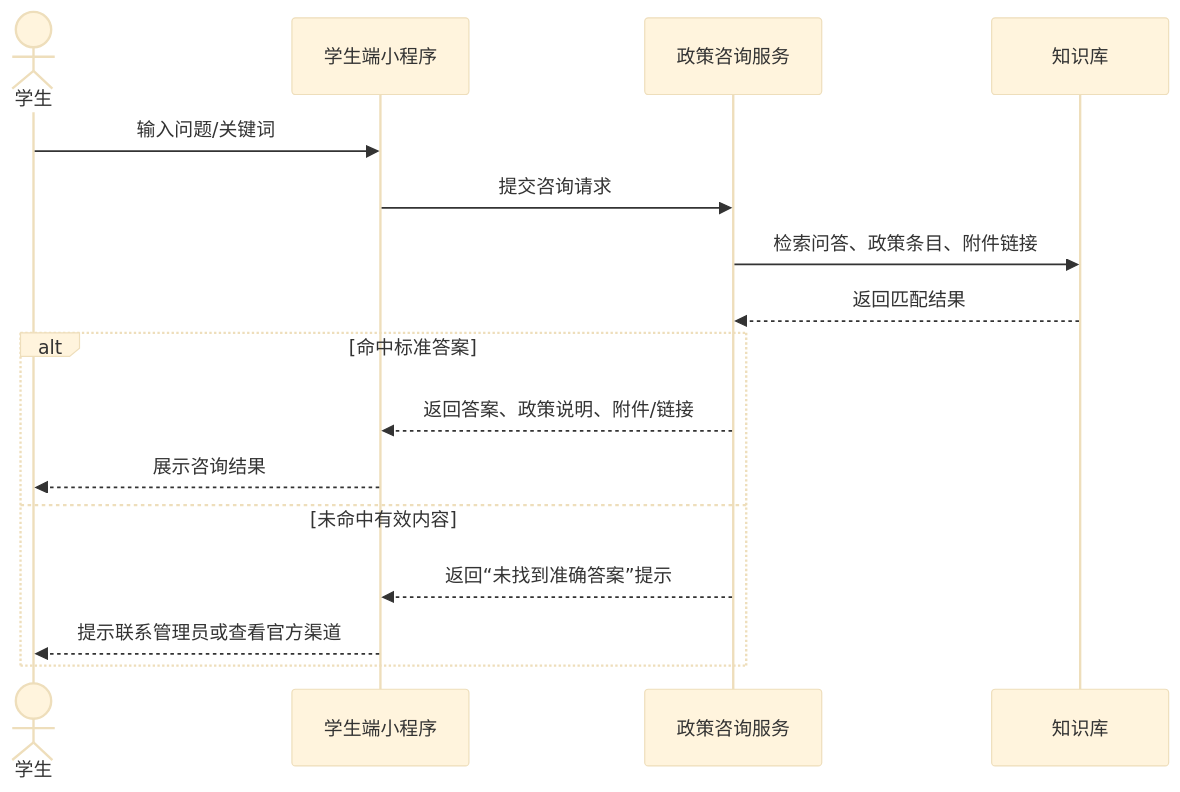
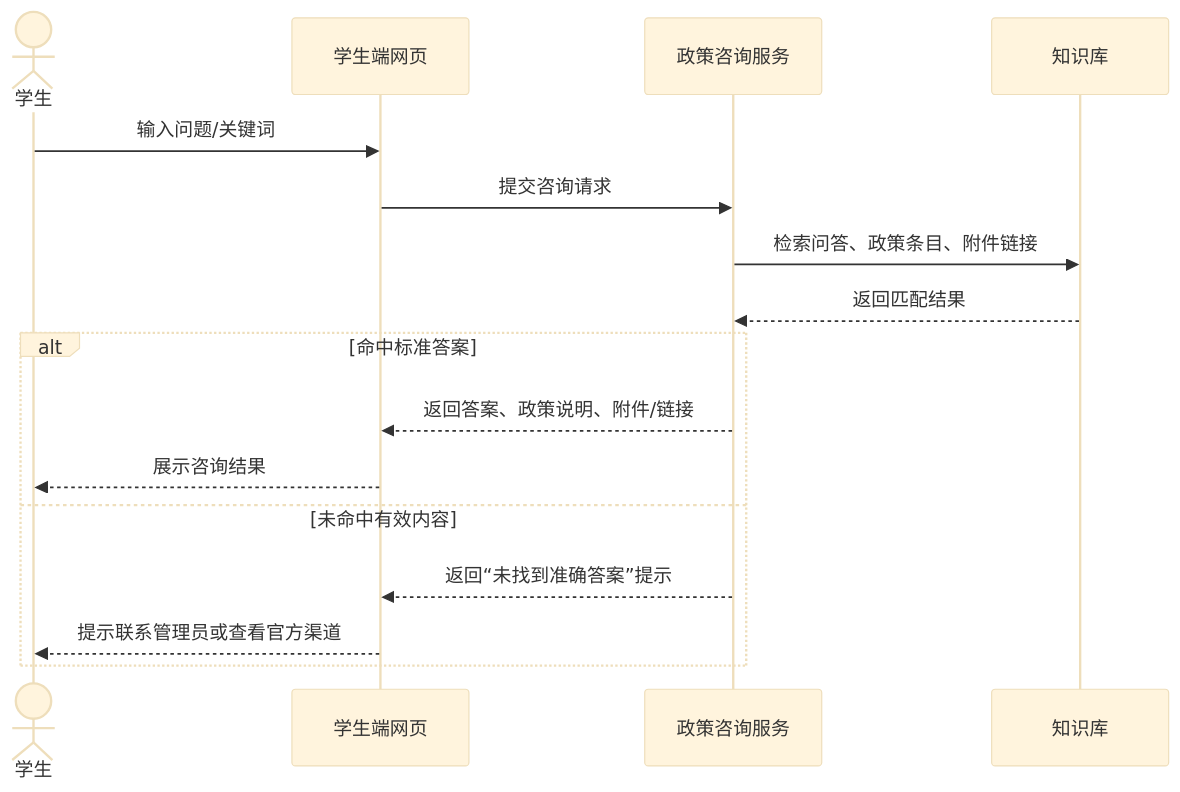
The second of 6 diagrams in uml-analysis-model.md (gabriellaXL/Software-engineer-team), drawn with Mermaid (base theme) before and after one commit. The commit also changed other lines of this file and 16 other files, not shown here.

````diff
--- a/uml-analysis-model.md
+++ b/uml-analysis-model.md
@@ -67,20 +67,20 @@
 ```mermaid
 sequenceDiagram
     actor Student as 学生
-    participant MiniApp as 学生端小程序
+    participant StudentWeb as 学生端网页
     participant PolicyService as 政策咨询服务
     participant KB as 知识库
 
-    Student->>MiniApp: 输入问题/关键词
-    MiniApp->>PolicyService: 提交咨询请求
+    Student->>StudentWeb: 输入问题/关键词
+    StudentWeb->>PolicyService: 提交咨询请求
     PolicyService->>KB: 检索问答、政策条目、附件链接
     KB-->>PolicyService: 返回匹配结果
 
     alt 命中标准答案
-        PolicyService-->>MiniApp: 返回答案、政策说明、附件/链接
-        MiniApp-->>Student: 展示咨询结果
+        PolicyService-->>StudentWeb: 返回答案、政策说明、附件/链接
+        StudentWeb-->>Student: 展示咨询结果
     else 未命中有效内容
-        PolicyService-->>MiniApp: 返回“未找到准确答案”提示
-        MiniApp-->>Student: 提示联系管理员或查看官方渠道
+        PolicyService-->>StudentWeb: 返回“未找到准确答案”提示
+        StudentWeb-->>Student: 提示联系管理员或查看官方渠道
     end
 ```
````
